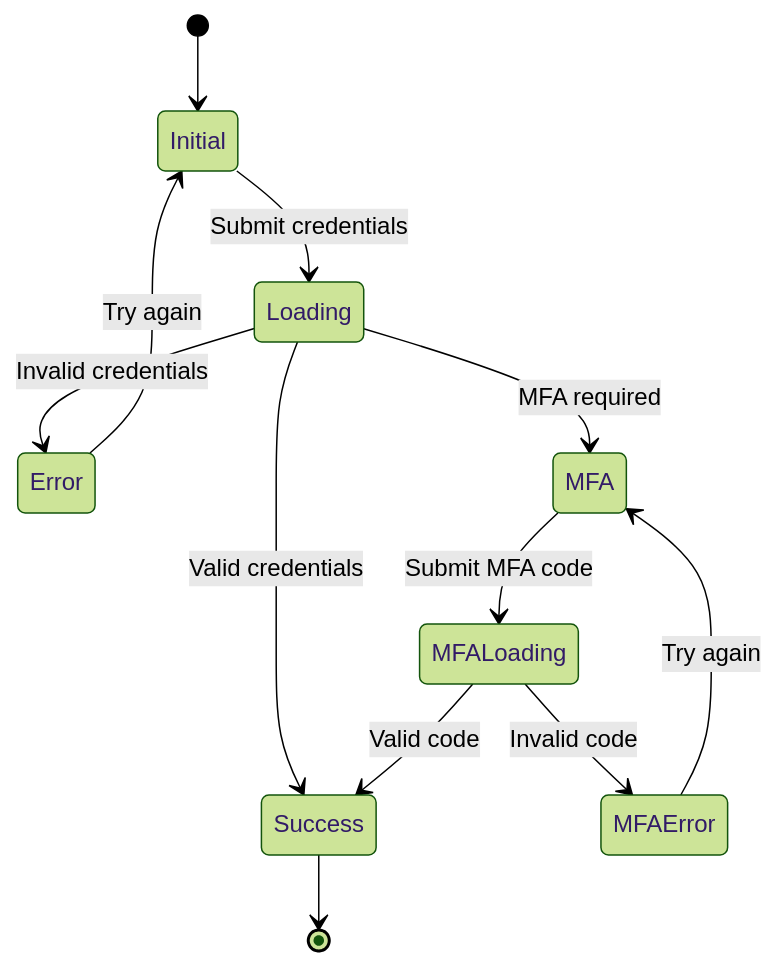
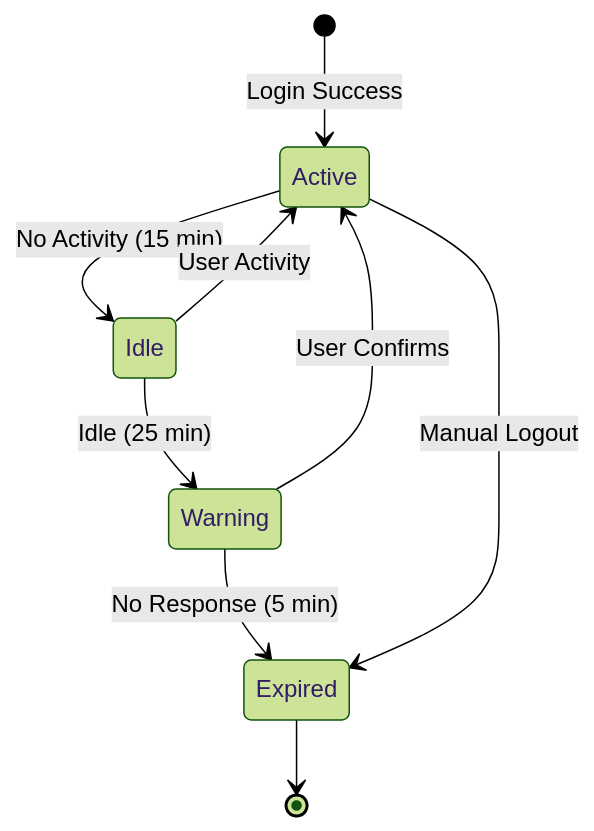
Before and after one commit to shayne007/blog: the fifth of 8 diagrams in source/_posts/Design-User-Login-Systems-with-SSO-Feature.md, drawn with Mermaid (forest theme). The commit also changed other lines of this file, not shown here.

Commit message:
add user login system

````diff
--- a/source/_posts/Design-User-Login-Systems-with-SSO-Feature.md
+++ b/source/_posts/Design-User-Login-Systems-with-SSO-Feature.md
@@ -532,14 +159,10 @@
-```mermaid
-stateDiagram-v2
-    [*] --> Initial
-    Initial --> Loading: Submit credentials
-    Loading --> Success: Valid credentials
-    Loading --> Error: Invalid credentials
-    Loading --> MFA: MFA required
-    MFA --> MFALoading: Submit MFA code
-    MFALoading --> Success: Valid code
-    MFALoading --> MFAError: Invalid code
-    Error --> Initial: Try again
-    MFAError --> MFA: Try again
-    Success --> [*]
-```
+{% mermaid stateDiagram-v2 %}
+    [*] --> Active: Login Success
+    Active --> Idle: No Activity (15 min)
+    Idle --> Active: User Activity
+    Idle --> Warning: Idle (25 min)
+    Warning --> Active: User Confirms
+    Warning --> Expired: No Response (5 min)
+    Active --> Expired: Manual Logout
+    Expired --> [*]
+{% endmermaid %}
````
